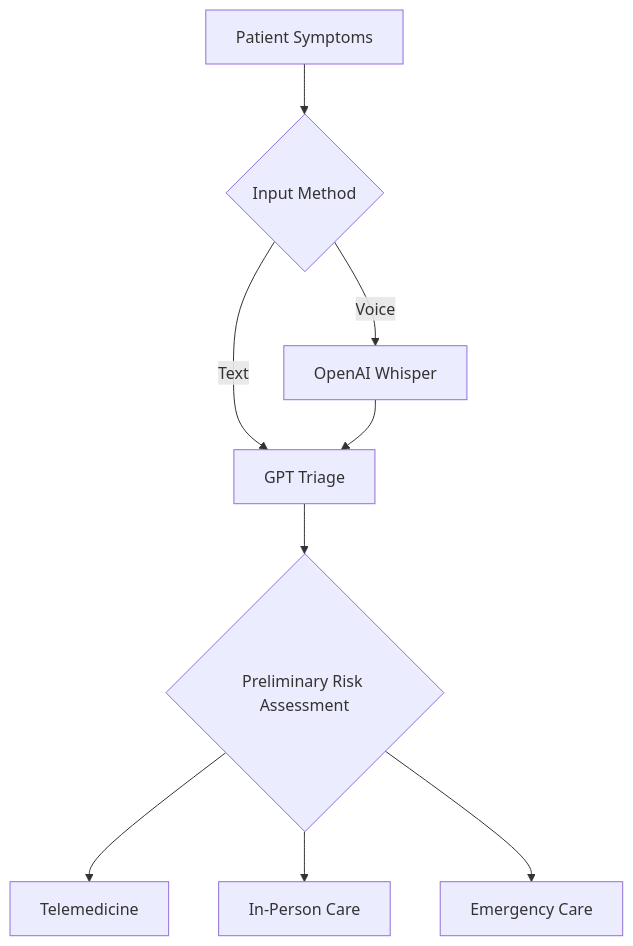
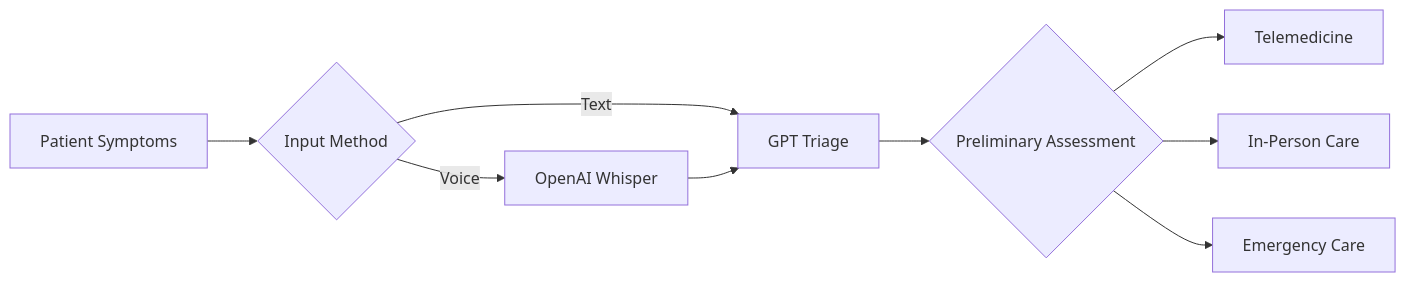
The second of 5 diagrams in README.md (Awab7-ux/Awab7-ux), drawn with Mermaid before and after one commit. The commit also changed other lines of this file, not shown here.

````diff
--- a/README.md
+++ b/README.md
@@ -106,11 +93,11 @@
 ```mermaid
-flowchart TD
+flowchart LR
     A["Patient Symptoms"] --> B{"Input Method"}
     B -->|Text| D["GPT Triage"]
     B -->|Voice| C["OpenAI Whisper"]
     C --> D
-    D --> E{"Preliminary Risk Assessment"}
+    D --> E{"Preliminary Assessment"}
     E --> F["Telemedicine"]
     E --> G["In-Person Care"]
     E --> H["Emergency Care"]
 ```
````
